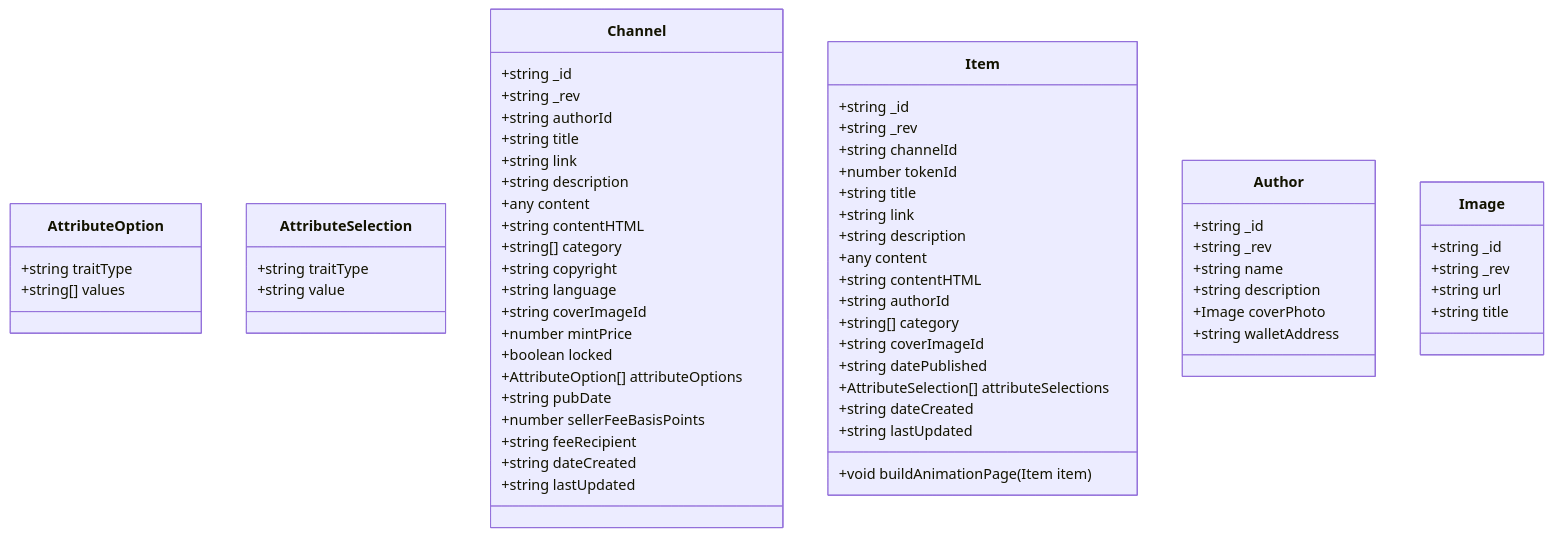
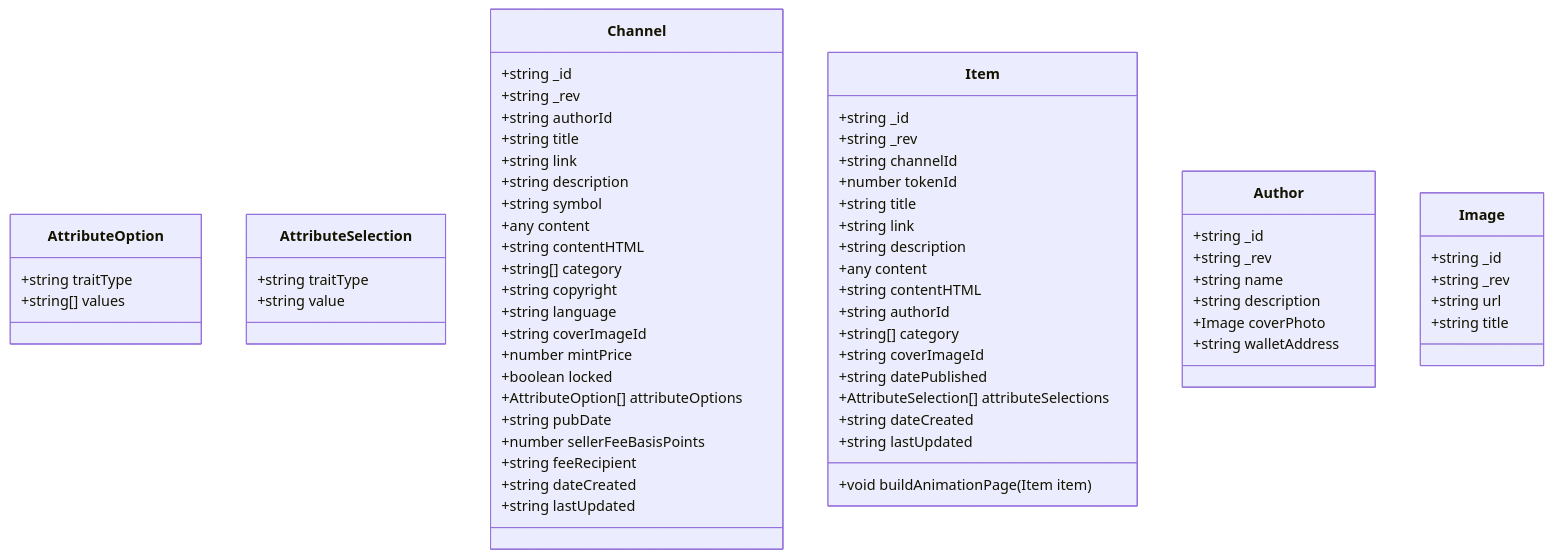
The first of 2 diagrams in docs/uml.md (LargeNFT/large-nft), drawn with Mermaid before and after one commit. The commit also changed 40 other files, not shown here.

```diff
--- a/docs/uml.md
+++ b/docs/uml.md
@@ -19,6 +19,7 @@
 Channel : +string title
 Channel : +string link
 Channel : +string description
+Channel : +string symbol
 
 Channel : +any content
 Channel : +string contentHTML
```
